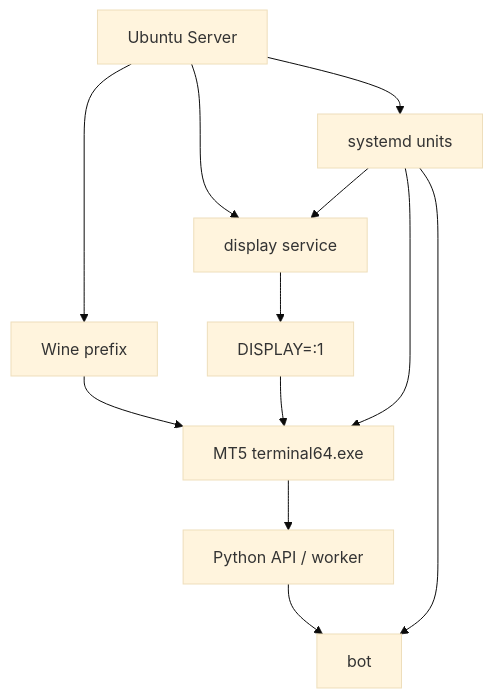
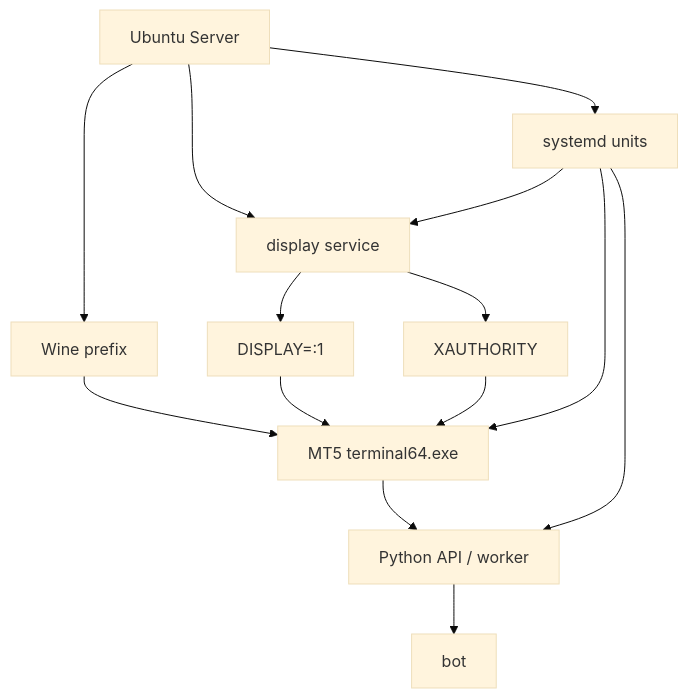
Before and after one commit to appar377/tech-note: the diagram in articles/linux/mt5-ubuntu/03-ubuntu-server-headless-design.mdx, drawn with Mermaid (base theme). The commit also changed other lines of this file and 49 other files, not shown here.

````diff
--- a/articles/linux/mt5-ubuntu/03-ubuntu-server-headless-design.mdx
+++ b/articles/linux/mt5-ubuntu/03-ubuntu-server-headless-design.mdx
@@ -114,14 +120,16 @@
 ```mermaid
 flowchart TD
   A["Ubuntu Server"] --> B["display service"]
   B --> C["DISPLAY=:1"]
-  A --> D["Wine prefix"]
-  D --> E["MT5 terminal64.exe"]
-  C --> E
-  E --> F["Python API / worker"]
-  F --> G["bot"]
-  A --> H["systemd units"]
-  H --> B
-  H --> E
-  H --> G
+  B --> D["XAUTHORITY"]
+  A --> E["Wine prefix"]
+  E --> F["MT5 terminal64.exe"]
+  C --> F
+  D --> F
+  F --> G["Python API / worker"]
+  G --> H["bot"]
+  A --> I["systemd units"]
+  I --> B
+  I --> F
+  I --> G
 ```
````
